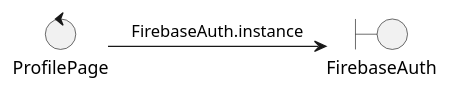
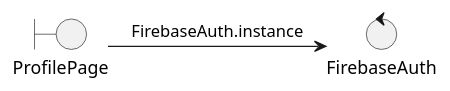
Before and after one commit to stnDinus/skpl_apbo_diagrams: the diagram in signout_colab.puml, drawn with PlantUML. The commit also changed 8 other files, not shown here.

```diff
--- a/signout_colab.puml
+++ b/signout_colab.puml
@@ -1,7 +1,7 @@
 @startuml
-control ProfilePage
-boundary FirebaseAuth
+boundary ProfilePage
+control FirebaseAuth
 
 (ProfilePage) -> (FirebaseAuth): FirebaseAuth.instance
 
 @enduml
```
